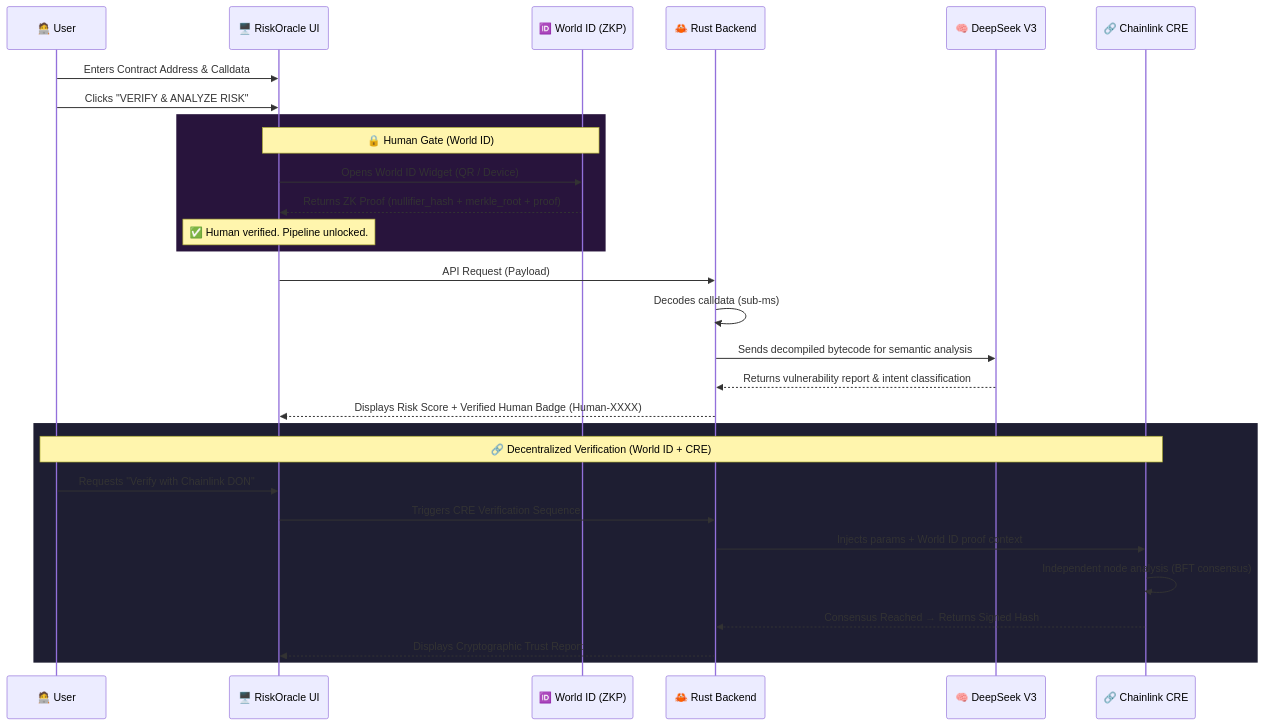
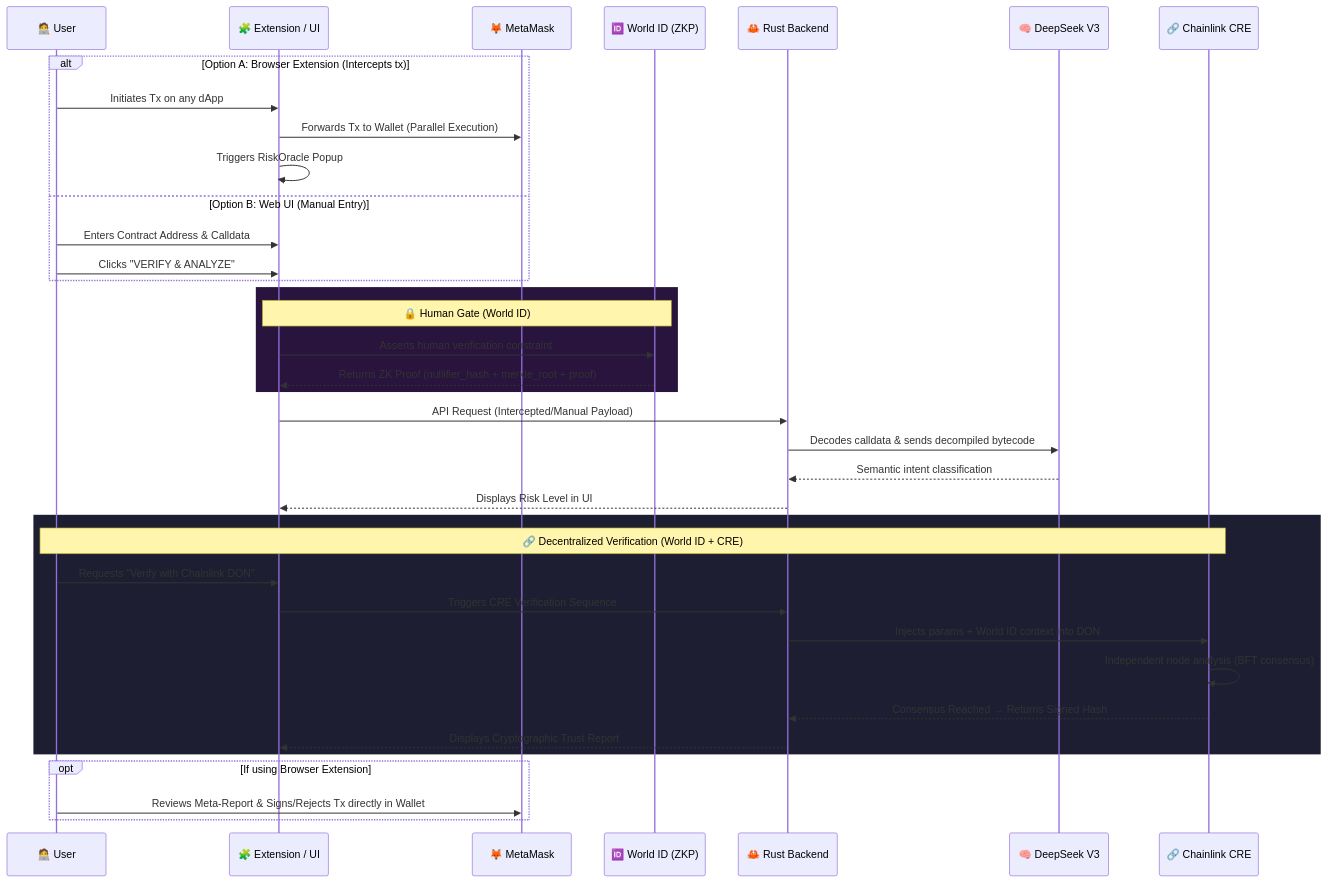
Before and after one commit to Oriojas/RiskOracle: the diagram in README.md, drawn with Mermaid. The commit also changed other lines of this file and 10 other files, not shown here.

````diff
--- a/README.md
+++ b/README.md
@@ -106,35 +122,44 @@
 ```mermaid
 sequenceDiagram
     participant User as 🧑‍💻 User
-    participant UI as 🖥️ RiskOracle UI
+    participant Ext as 🧩 Extension / UI
+    participant Meta as 🦊 MetaMask
     participant WorldID as 🆔 World ID (ZKP)
     participant Rust as 🦀 Rust Backend
     participant AI as 🧠 DeepSeek V3
     participant CRE as 🔗 Chainlink CRE
 
-    User->>UI: Enters Contract Address & Calldata
-    User->>UI: Clicks "VERIFY & ANALYZE RISK"
+    alt Option A: Browser Extension (Intercepts tx)
+        User->>Ext: Initiates Tx on any dApp
+        Ext->>Meta: Forwards Tx to Wallet (Parallel Execution)
+        Ext->>Ext: Triggers RiskOracle Popup
+    else Option B: Web UI (Manual Entry)
+        User->>Ext: Enters Contract Address & Calldata
+        User->>Ext: Clicks "VERIFY & ANALYZE"
+    end
 
     rect rgb(40, 20, 60)
-        Note over UI,WorldID: 🔒 Human Gate (World ID)
-        UI->>WorldID: Opens World ID Widget (QR / Device)
-        WorldID-->>UI: Returns ZK Proof (nullifier_hash + merkle_root + proof)
-        Note over UI: ✅ Human verified. Pipeline unlocked.
+        Note over Ext,WorldID: 🔒 Human Gate (World ID)
+        Ext->>WorldID: Asserts human verification constraint
+        WorldID-->>Ext: Returns ZK Proof (nullifier_hash + merkle_root + proof)
     end
 
-    UI->>Rust: API Request (Payload)
-    Rust->>Rust: Decodes calldata (sub-ms)
-    Rust->>AI: Sends decompiled bytecode for semantic analysis
-    AI-->>Rust: Returns vulnerability report & intent classification
-    Rust-->>UI: Displays Risk Score + Verified Human Badge (Human-XXXX)
+    Ext->>Rust: API Request (Intercepted/Manual Payload)
+    Rust->>AI: Decodes calldata & sends decompiled bytecode
+    AI-->>Rust: Semantic intent classification
+    Rust-->>Ext: Displays Risk Level in UI
 
     rect rgb(30, 30, 50)
         Note over User,CRE: 🔗 Decentralized Verification (World ID + CRE)
-        User->>UI: Requests "Verify with Chainlink DON"
-        UI->>Rust: Triggers CRE Verification Sequence
-        Rust->>CRE: Injects params + World ID proof context
+        User->>Ext: Requests "Verify with Chainlink DON"
+        Ext->>Rust: Triggers CRE Verification Sequence
+        Rust->>CRE: Injects params + World ID context into DON
         CRE->>CRE: Independent node analysis (BFT consensus)
         CRE-->>Rust: Consensus Reached → Returns Signed Hash
-        Rust-->>UI: Displays Cryptographic Trust Report
+        Rust-->>Ext: Displays Cryptographic Trust Report
+    end
+
+    opt If using Browser Extension
+        User->>Meta: Reviews Meta-Report & Signs/Rejects Tx directly in Wallet
     end
 ```
````
